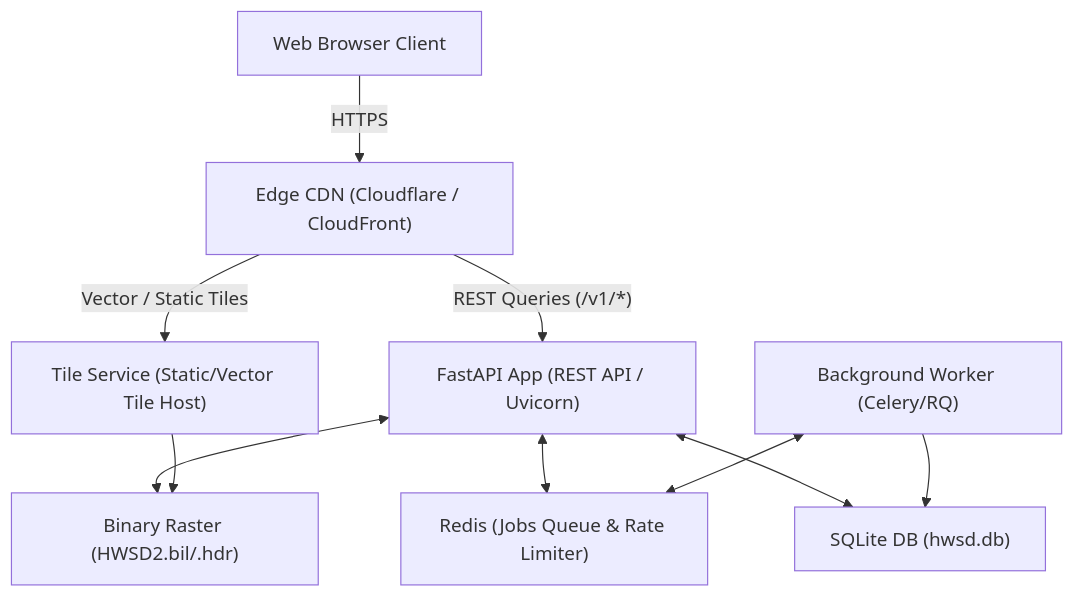
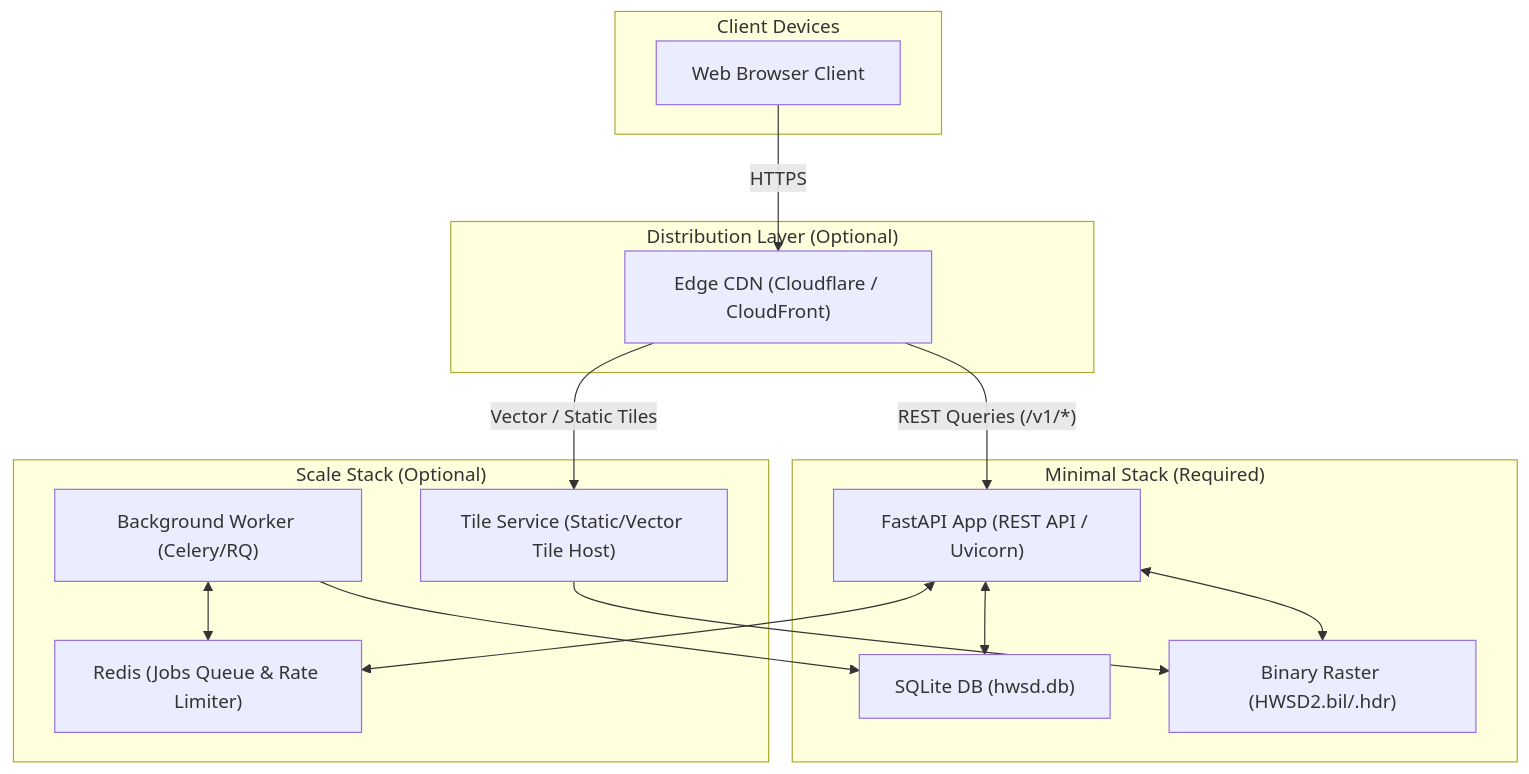
Before and after one commit to IRushee/global-soil-explorer: the third of 5 diagrams in docs/architecture/system-blueprint.md, drawn with Mermaid. The commit also changed other lines of this file, not shown here.

Commit message:
Refine System Blueprint with optional Tile Service, dependency classifications, and Scientific Dataset Adapter naming

````diff
--- a/docs/architecture/system-blueprint.md
+++ b/docs/architecture/system-blueprint.md
@@ -187,21 +197,32 @@
 ```mermaid
 graph TD
-    Browser["Web Browser Client"]
-    CDN["Edge CDN (Cloudflare / CloudFront)"]
-    TS["Tile Service (Static/Vector Tile Host)"]
-    FastAPI["FastAPI App (REST API / Uvicorn)"]
-    Worker["Background Worker (Celery/RQ)"]
-    Redis["Redis (Jobs Queue & Rate Limiter)"]
-    DB["SQLite DB (hwsd.db)"]
-    Raster["Binary Raster (HWSD2.bil/.hdr)"]
+    subgraph Client ["Client Devices"]
+        Browser["Web Browser Client"]
+    end
+
+    subgraph CDNLayer ["Distribution Layer (Optional)"]
+        CDN["Edge CDN (Cloudflare / CloudFront)"]
+    end
+
+    subgraph Core ["Minimal Stack (Required)"]
+        FastAPI["FastAPI App (REST API / Uvicorn)"]
+        DB["SQLite DB (hwsd.db)"]
+        Raster["Binary Raster (HWSD2.bil/.hdr)"]
+    end
+
+    subgraph ScaleServices ["Scale Stack (Optional)"]
+        TS["Tile Service (Static/Vector Tile Host)"]
+        Worker["Background Worker (Celery/RQ)"]
+        Redis["Redis (Jobs Queue & Rate Limiter)"]
+    end
 
     Browser -- "HTTPS" --> CDN
     CDN -- "Vector / Static Tiles" --> TS
     CDN -- "REST Queries (/v1/*)" --> FastAPI
     FastAPI <--> Redis
     Worker <--> Redis
     FastAPI <--> DB
     FastAPI <--> Raster
     Worker --> DB
     TS --> Raster
 ```
````
